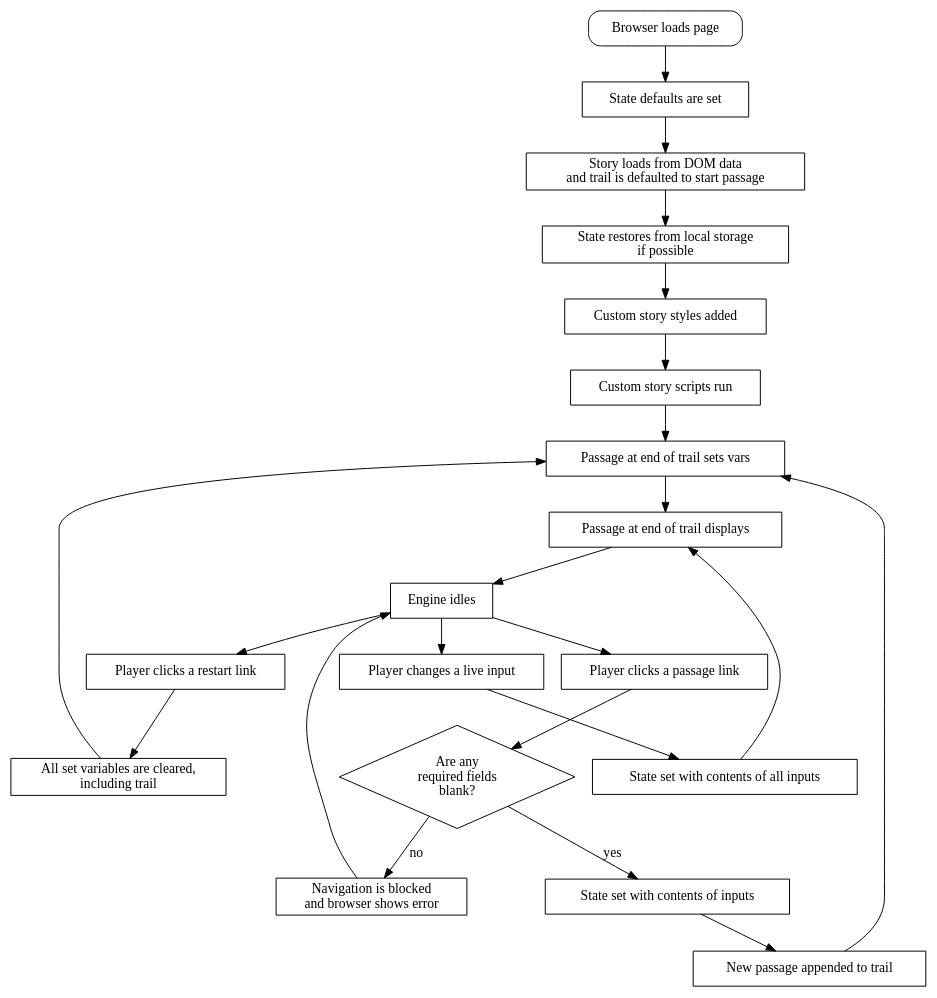
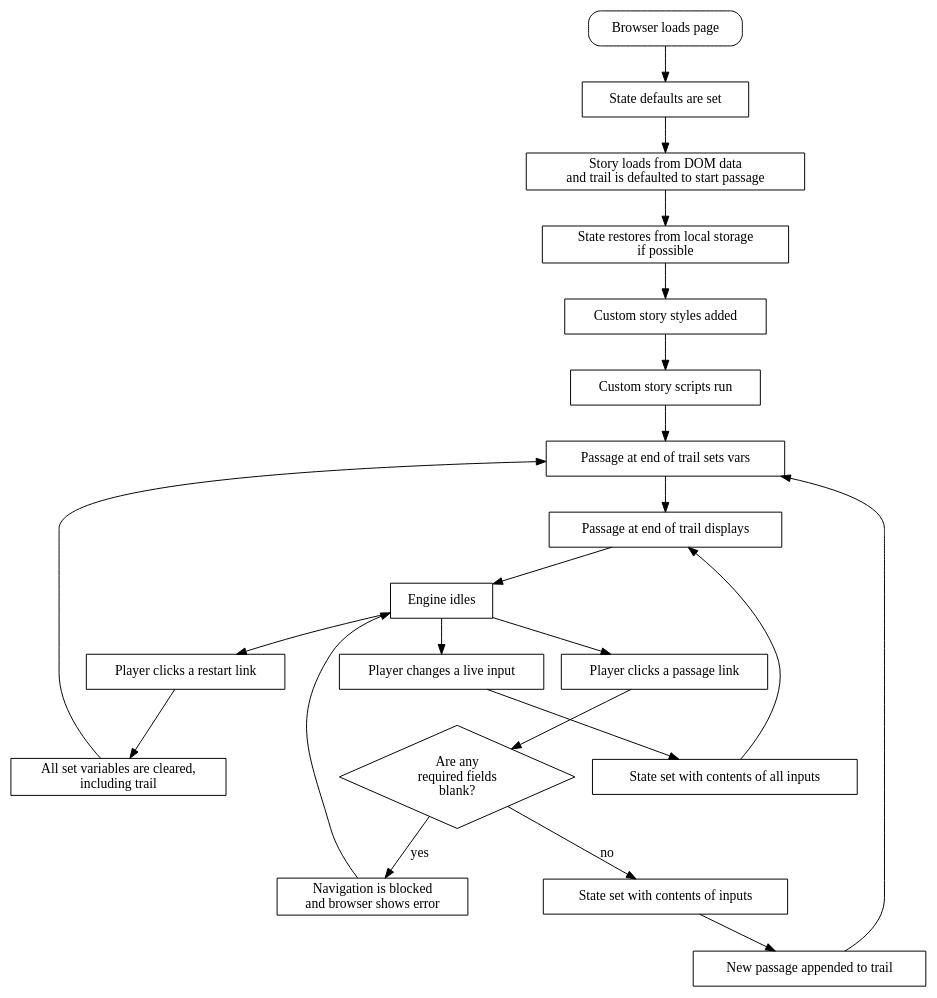
The diagram in docs/guide/references/lifecycle.dot (klembot/chapbook), drawn with Graphviz before and after one commit. The commit also changed 3 other files, not shown here.

Commit message:
Fix flow diagram

```diff
--- a/docs/guide/references/lifecycle.dot
+++ b/docs/guide/references/lifecycle.dot
@@ -1,40 +1,40 @@
 digraph {
 	loadPage[shape="box", style="rounded", label="Browser loads page"]
 	setDefaults[shape="box", label="State defaults are set"]
 	loadDom[shape="box", label="Story loads from DOM data\nand trail is defaulted to start passage"]
 	restoreState[shape="box", label="State restores from local storage\nif possible"]
 	addStyle[shape="box", label="Custom story styles added"]
 	addScript[shape="box", label="Custom story scripts run"]
 
 	loadPage -> setDefaults -> loadDom -> restoreState -> addStyle -> addScript
 
 	setPassageVars[shape="box", label="Passage at end of trail sets vars"]
 	displayPassage[shape="box", label="Passage at end of trail displays"]
 	idle[shape="box", label="Engine idles"]
 
 	addScript -> setPassageVars -> displayPassage -> idle
 
 	navRequested[shape="box", label="Player clicks a passage link"]
 	checkRequired[shape="diamond", label="Are any\nrequired fields\nblank?"]
 	blockNav[shape="box", label="Navigation is blocked\nand browser shows error"]
 
 	idle -> navRequested -> checkRequired
-	checkRequired -> blockNav[label="no"]
+	checkRequired -> blockNav[label="yes"]
 	blockNav -> idle
 
 	setInputs[shape="box", label="State set with contents of inputs"]
 	addPassage[shape="box", label="New passage appended to trail"]
 
-	checkRequired -> setInputs[label="yes"]
+	checkRequired -> setInputs[label="no"]
 	setInputs -> addPassage -> setPassageVars
 
 	restart[shape="box", label="Player clicks a restart link"]
 	unsetAll[shape="box", label="All set variables are cleared,\nincluding trail"]
 
 	idle -> restart -> unsetAll -> setPassageVars
 
 	changeLiveInput[shape="box", label="Player changes a live input"]
 	setLiveInputs[shape="box", label="State set with contents of all inputs"]
 
 	idle -> changeLiveInput -> setLiveInputs -> displayPassage
 }
```
